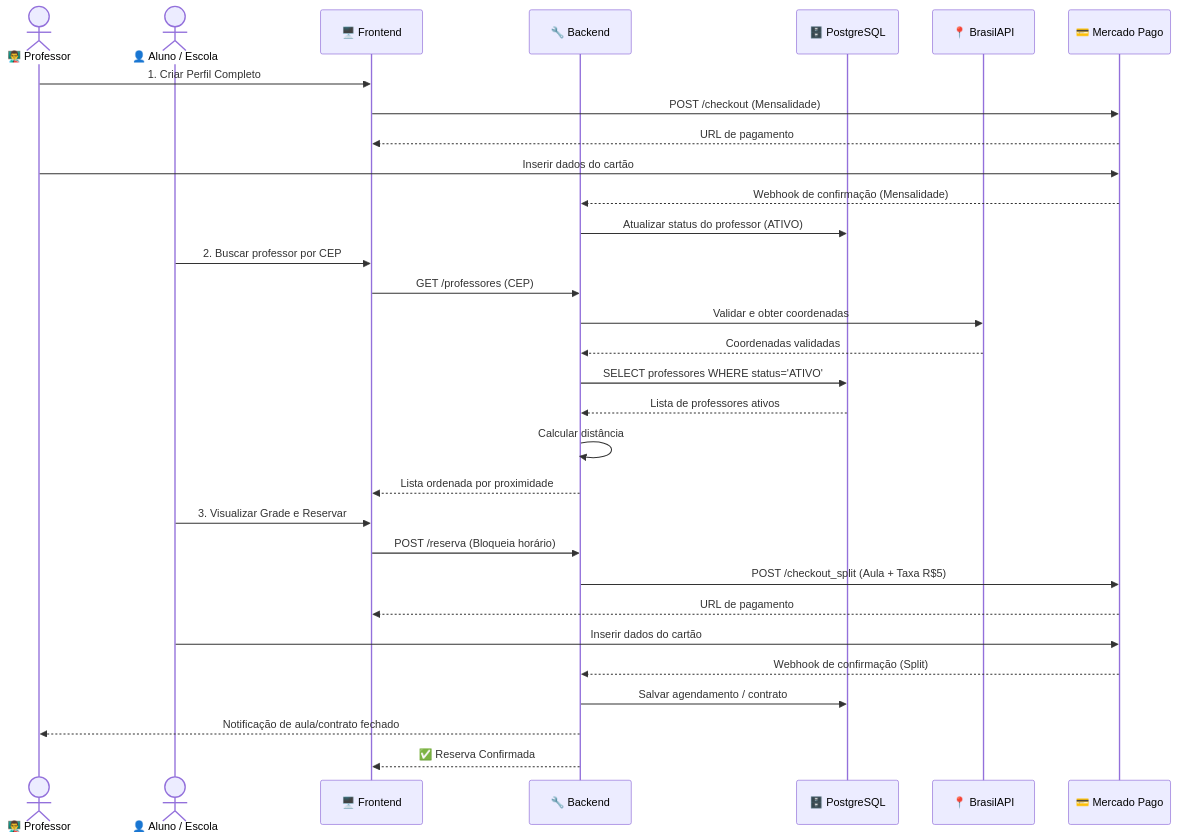
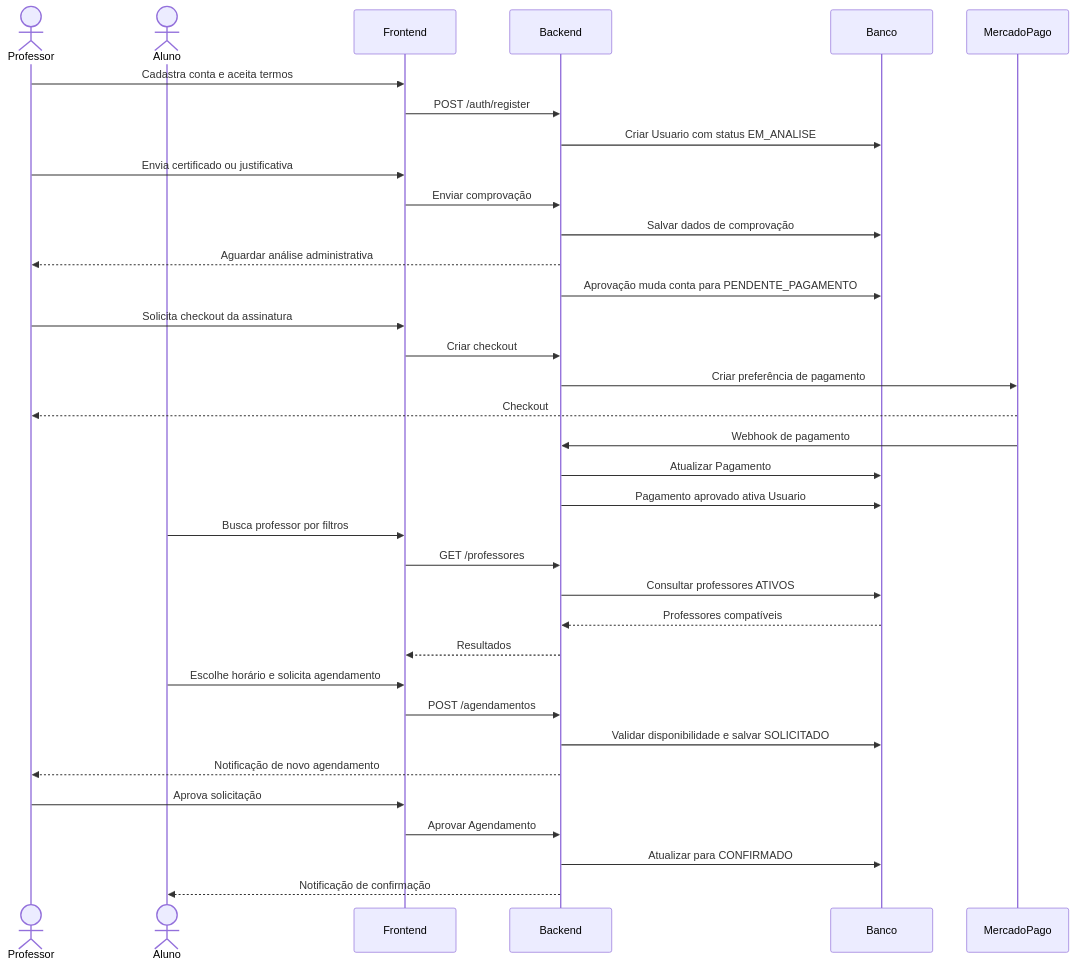
The seventh of 9 diagrams in BPMN_DIAGRAM.md (VictorHCSampaio/ConectaPro), drawn with Mermaid before and after one commit. The commit also changed other lines of this file and 1 other file, not shown here.

Commit message:
docs: atualiza diagramas conforme implementacao

````diff
--- a/BPMN_DIAGRAM.md
+++ b/BPMN_DIAGRAM.md
@@ -359,39 +169,39 @@
 ```mermaid
 sequenceDiagram
-    actor Teacher as 👨‍🏫 Professor
-    actor Client as 👤 Aluno / Escola
-    participant Frontend as 🖥️ Frontend
-    participant Backend as 🔧 Backend
-    participant Database as 🗄️ PostgreSQL
-    participant BrasilAPI as 📍 BrasilAPI
-    participant MercadoPago as 💳 Mercado Pago
+    actor Professor
+    actor Aluno
+    participant Frontend
+    participant Backend
+    participant Banco
+    participant MercadoPago
 
-    %% Fluxo 1: Assinatura do Professor
-    Teacher->>Frontend: 1. Criar Perfil Completo
-    Frontend->>MercadoPago: POST /checkout (Mensalidade)
-    MercadoPago-->>Frontend: URL de pagamento
-    Teacher->>MercadoPago: Inserir dados do cartão
-    MercadoPago-->>Backend: Webhook de confirmação (Mensalidade)
-    Backend->>Database: Atualizar status do professor (ATIVO)
+    Professor->>Frontend: Cadastra conta e aceita termos
+    Frontend->>Backend: POST /auth/register
+    Backend->>Banco: Criar Usuario com status EM_ANALISE
+    Professor->>Frontend: Envia certificado ou justificativa
+    Frontend->>Backend: Enviar comprovação
+    Backend->>Banco: Salvar dados de comprovação
+    Backend-->>Professor: Aguardar análise administrativa
+    Backend->>Banco: Aprovação muda conta para PENDENTE_PAGAMENTO
+    Professor->>Frontend: Solicita checkout da assinatura
+    Frontend->>Backend: Criar checkout
+    Backend->>MercadoPago: Criar preferência de pagamento
+    MercadoPago-->>Professor: Checkout
+    MercadoPago->>Backend: Webhook de pagamento
+    Backend->>Banco: Atualizar Pagamento
+    Backend->>Banco: Pagamento aprovado ativa Usuario
 
-    %% Fluxo 2: Busca e Validação
-    Client->>Frontend: 2. Buscar professor por CEP
-    Frontend->>Backend: GET /professores (CEP)
-    Backend->>BrasilAPI: Validar e obter coordenadas
-    BrasilAPI-->>Backend: Coordenadas validadas
-    Backend->>Database: SELECT professores WHERE status='ATIVO'
-    Database-->>Backend: Lista de professores ativos
-    Backend->>Backend: Calcular distância
-    Backend-->>Frontend: Lista ordenada por proximidade
-
-    %% Fluxo 3: Reserva e Pagamento (Split)
-    Client->>Frontend: 3. Visualizar Grade e Reservar
-    Frontend->>Backend: POST /reserva (Bloqueia horário)
-    Backend->>MercadoPago: POST /checkout_split (Aula + Taxa R$5)
-    MercadoPago-->>Frontend: URL de pagamento
-    Client->>MercadoPago: Inserir dados do cartão
-    MercadoPago-->>Backend: Webhook de confirmação (Split)
-    Backend->>Database: Salvar agendamento / contrato
-    Backend-->>Teacher: Notificação de aula/contrato fechado
-    Backend-->>Frontend: ✅ Reserva Confirmada
+    Aluno->>Frontend: Busca professor por filtros
+    Frontend->>Backend: GET /professores
+    Backend->>Banco: Consultar professores ATIVOS
+    Banco-->>Backend: Professores compatíveis
+    Backend-->>Frontend: Resultados
+    Aluno->>Frontend: Escolhe horário e solicita agendamento
+    Frontend->>Backend: POST /agendamentos
+    Backend->>Banco: Validar disponibilidade e salvar SOLICITADO
+    Backend-->>Professor: Notificação de novo agendamento
+    Professor->>Frontend: Aprova solicitação
+    Frontend->>Backend: Aprovar Agendamento
+    Backend->>Banco: Atualizar para CONFIRMADO
+    Backend-->>Aluno: Notificação de confirmação
 ```
````
